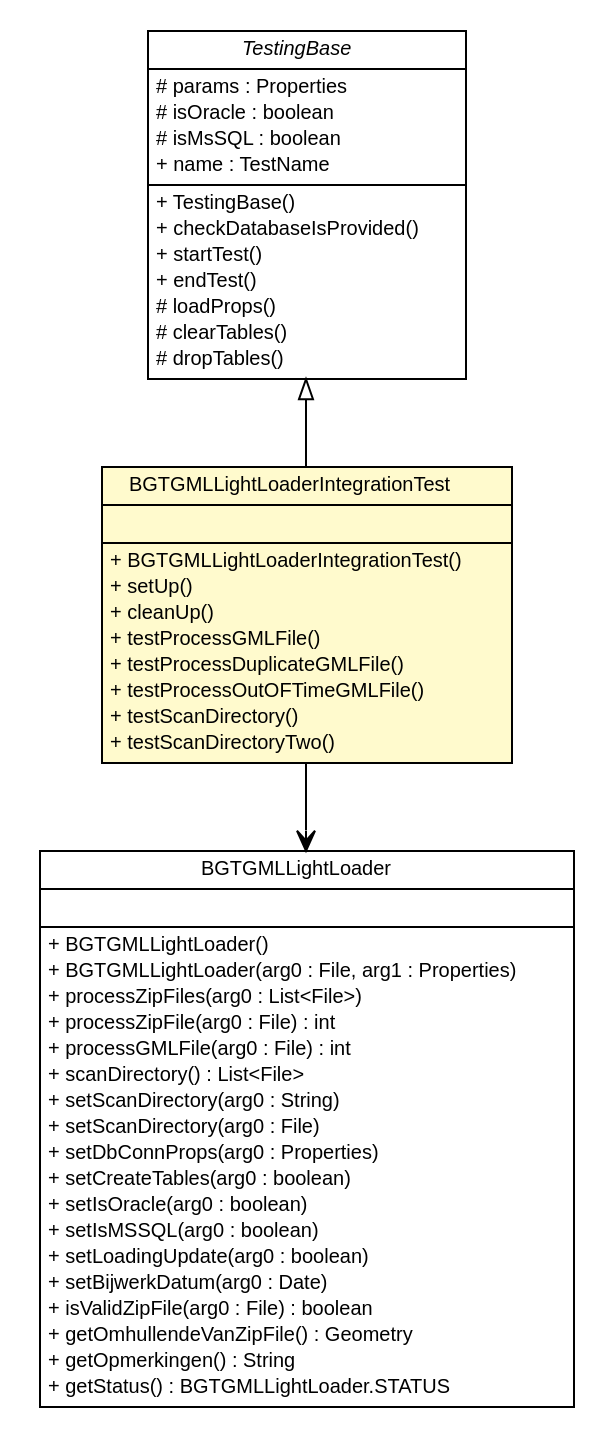
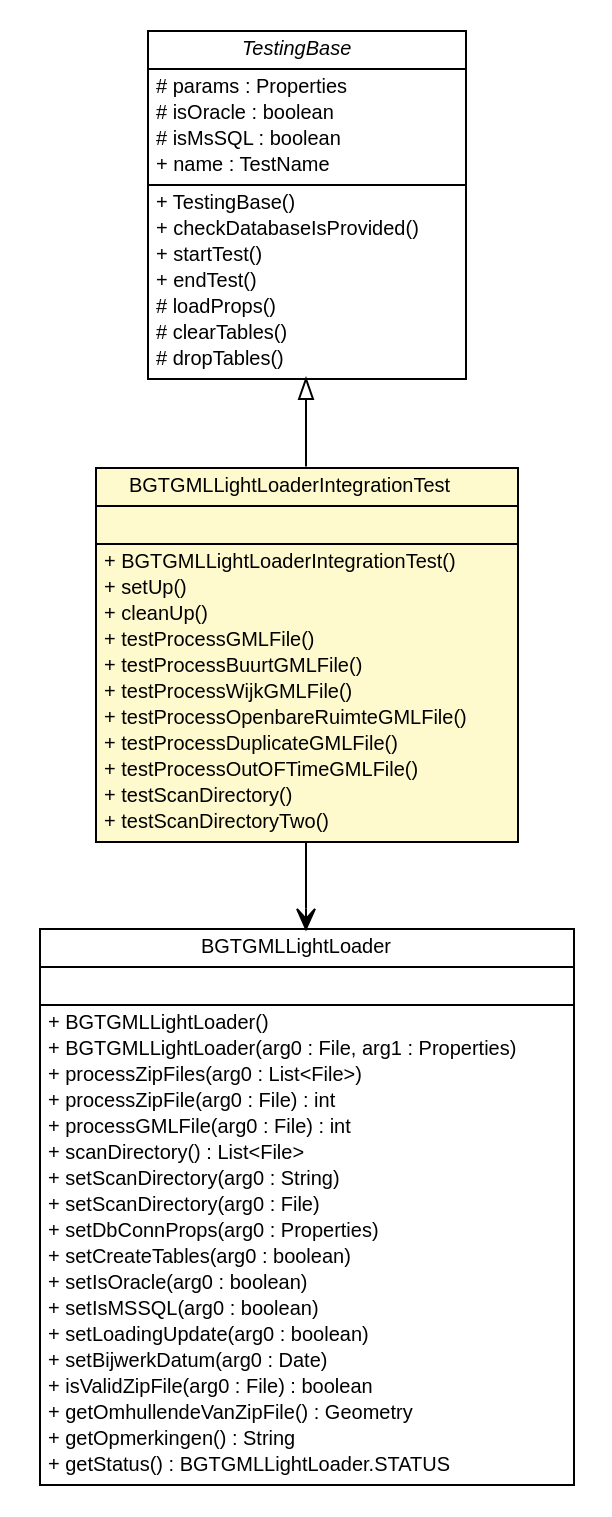
One commit to B3Partners/brmo changed the diagram in bgt-gml-loader/testapidocs/nl/b3p/brmo/loader/gml/BGTGMLLightLoaderIntegrationTest.dot. Above: the diagram before and after it, drawn with Graphviz. The commit also changed 281 other files, not shown here.

```diff
--- a/bgt-gml-loader/testapidocs/nl/b3p/brmo/loader/gml/BGTGMLLightLoaderIntegrationTest.dot
+++ b/bgt-gml-loader/testapidocs/nl/b3p/brmo/loader/gml/BGTGMLLightLoaderIntegrationTest.dot
@@ -1,85 +1,88 @@
 #!/usr/local/bin/dot
 #
 # Class diagram 
 # Generated by UMLGraph version R5_6-24-gf6e263 (http://www.umlgraph.org/)
 #
 
 digraph G {
 	edge [fontname="Helvetica",fontsize=10,labelfontname="Helvetica",labelfontsize=10];
 	node [fontname="Helvetica",fontsize=10,shape=plaintext];
 	nodesep=0.25;
 	ranksep=0.5;
 	// nl.b3p.brmo.loader.gml.TestingBase
 	c60 [label=<<table title="nl.b3p.brmo.loader.gml.TestingBase" border="0" cellborder="1" cellspacing="0" cellpadding="2" port="p" href="./TestingBase.html">
 		<tr><td><table border="0" cellspacing="0" cellpadding="1">
 <tr><td align="center" balign="center"><font face="Helvetica-Oblique"> TestingBase </font></td></tr>
 		</table></td></tr>
 		<tr><td><table border="0" cellspacing="0" cellpadding="1">
 <tr><td align="left" balign="left"> # params : Properties </td></tr>
 <tr><td align="left" balign="left"> # isOracle : boolean </td></tr>
 <tr><td align="left" balign="left"> # isMsSQL : boolean </td></tr>
 <tr><td align="left" balign="left"> + name : TestName </td></tr>
 		</table></td></tr>
 		<tr><td><table border="0" cellspacing="0" cellpadding="1">
 <tr><td align="left" balign="left"> + TestingBase() </td></tr>
 <tr><td align="left" balign="left"> + checkDatabaseIsProvided() </td></tr>
 <tr><td align="left" balign="left"> + startTest() </td></tr>
 <tr><td align="left" balign="left"> + endTest() </td></tr>
 <tr><td align="left" balign="left"> # loadProps() </td></tr>
 <tr><td align="left" balign="left"> # clearTables() </td></tr>
 <tr><td align="left" balign="left"> # dropTables() </td></tr>
 		</table></td></tr>
 		</table>>, URL="./TestingBase.html", fontname="Helvetica", fontcolor="black", fontsize=10.0];
 	// nl.b3p.brmo.loader.gml.BGTGMLLightLoaderIntegrationTest
 	c62 [label=<<table title="nl.b3p.brmo.loader.gml.BGTGMLLightLoaderIntegrationTest" border="0" cellborder="1" cellspacing="0" cellpadding="2" port="p" bgcolor="lemonChiffon" href="./BGTGMLLightLoaderIntegrationTest.html">
 		<tr><td><table border="0" cellspacing="0" cellpadding="1">
 <tr><td align="center" balign="center"> BGTGMLLightLoaderIntegrationTest </td></tr>
 		</table></td></tr>
 		<tr><td><table border="0" cellspacing="0" cellpadding="1">
 <tr><td align="left" balign="left">  </td></tr>
 		</table></td></tr>
 		<tr><td><table border="0" cellspacing="0" cellpadding="1">
 <tr><td align="left" balign="left"> + BGTGMLLightLoaderIntegrationTest() </td></tr>
 <tr><td align="left" balign="left"> + setUp() </td></tr>
 <tr><td align="left" balign="left"> + cleanUp() </td></tr>
 <tr><td align="left" balign="left"> + testProcessGMLFile() </td></tr>
+<tr><td align="left" balign="left"> + testProcessBuurtGMLFile() </td></tr>
+<tr><td align="left" balign="left"> + testProcessWijkGMLFile() </td></tr>
+<tr><td align="left" balign="left"> + testProcessOpenbareRuimteGMLFile() </td></tr>
 <tr><td align="left" balign="left"> + testProcessDuplicateGMLFile() </td></tr>
 <tr><td align="left" balign="left"> + testProcessOutOFTimeGMLFile() </td></tr>
 <tr><td align="left" balign="left"> + testScanDirectory() </td></tr>
 <tr><td align="left" balign="left"> + testScanDirectoryTwo() </td></tr>
 		</table></td></tr>
 		</table>>, URL="./BGTGMLLightLoaderIntegrationTest.html", fontname="Helvetica", fontcolor="black", fontsize=10.0];
 	//nl.b3p.brmo.loader.gml.BGTGMLLightLoaderIntegrationTest extends nl.b3p.brmo.loader.gml.TestingBase
 	c60:p -> c62:p [dir=back,arrowtail=empty];
 	// nl.b3p.brmo.loader.gml.BGTGMLLightLoaderIntegrationTest NAVASSOC nl.b3p.brmo.loader.gml.BGTGMLLightLoader
 	c62:p -> c64:p [taillabel="", label="", headlabel="", fontname="Helvetica", fontcolor="black", fontsize=10.0, color="black", arrowhead=open];
 	// nl.b3p.brmo.loader.gml.BGTGMLLightLoader
 	c64 [label=<<table title="nl.b3p.brmo.loader.gml.BGTGMLLightLoader" border="0" cellborder="1" cellspacing="0" cellpadding="2" port="p">
 		<tr><td><table border="0" cellspacing="0" cellpadding="1">
 <tr><td align="center" balign="center"> BGTGMLLightLoader </td></tr>
 		</table></td></tr>
 		<tr><td><table border="0" cellspacing="0" cellpadding="1">
 <tr><td align="left" balign="left">  </td></tr>
 		</table></td></tr>
 		<tr><td><table border="0" cellspacing="0" cellpadding="1">
 <tr><td align="left" balign="left"> + BGTGMLLightLoader() </td></tr>
 <tr><td align="left" balign="left"> + BGTGMLLightLoader(arg0 : File, arg1 : Properties) </td></tr>
 <tr><td align="left" balign="left"> + processZipFiles(arg0 : List&lt;File&gt;) </td></tr>
 <tr><td align="left" balign="left"> + processZipFile(arg0 : File) : int </td></tr>
 <tr><td align="left" balign="left"> + processGMLFile(arg0 : File) : int </td></tr>
 <tr><td align="left" balign="left"> + scanDirectory() : List&lt;File&gt; </td></tr>
 <tr><td align="left" balign="left"> + setScanDirectory(arg0 : String) </td></tr>
 <tr><td align="left" balign="left"> + setScanDirectory(arg0 : File) </td></tr>
 <tr><td align="left" balign="left"> + setDbConnProps(arg0 : Properties) </td></tr>
 <tr><td align="left" balign="left"> + setCreateTables(arg0 : boolean) </td></tr>
 <tr><td align="left" balign="left"> + setIsOracle(arg0 : boolean) </td></tr>
 <tr><td align="left" balign="left"> + setIsMSSQL(arg0 : boolean) </td></tr>
 <tr><td align="left" balign="left"> + setLoadingUpdate(arg0 : boolean) </td></tr>
 <tr><td align="left" balign="left"> + setBijwerkDatum(arg0 : Date) </td></tr>
 <tr><td align="left" balign="left"> + isValidZipFile(arg0 : File) : boolean </td></tr>
 <tr><td align="left" balign="left"> + getOmhullendeVanZipFile() : Geometry </td></tr>
 <tr><td align="left" balign="left"> + getOpmerkingen() : String </td></tr>
 <tr><td align="left" balign="left"> + getStatus() : BGTGMLLightLoader.STATUS </td></tr>
 		</table></td></tr>
 		</table>>, URL="null", fontname="Helvetica", fontcolor="black", fontsize=10.0];
 }
```
